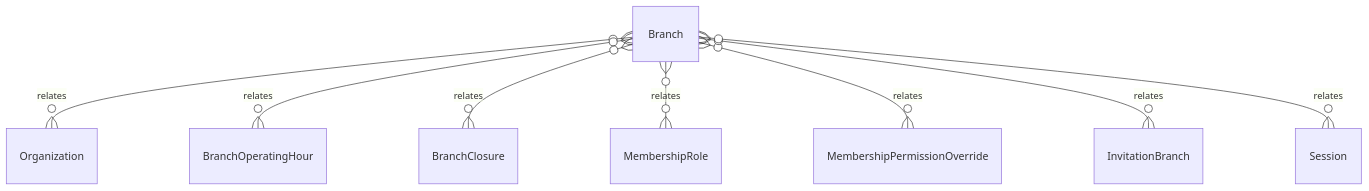
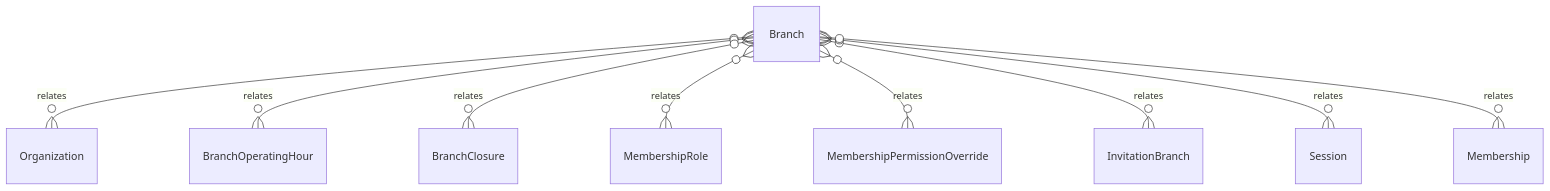
The diagram in .kb/Database/Branch.md (tejasnirala/rcln), drawn with Mermaid before and after one commit. The commit also changed other lines of this file and 274 other files, not shown here.

````diff
--- a/.kb/Database/Branch.md
+++ b/.kb/Database/Branch.md
@@ -59,10 +60,11 @@
 ```mermaid
 erDiagram
     Branch }o--o{ Organization : relates
     Branch }o--o{ BranchOperatingHour : relates
     Branch }o--o{ BranchClosure : relates
     Branch }o--o{ MembershipRole : relates
     Branch }o--o{ MembershipPermissionOverride : relates
     Branch }o--o{ InvitationBranch : relates
     Branch }o--o{ Session : relates
+    Branch }o--o{ Membership : relates
 ```
````
